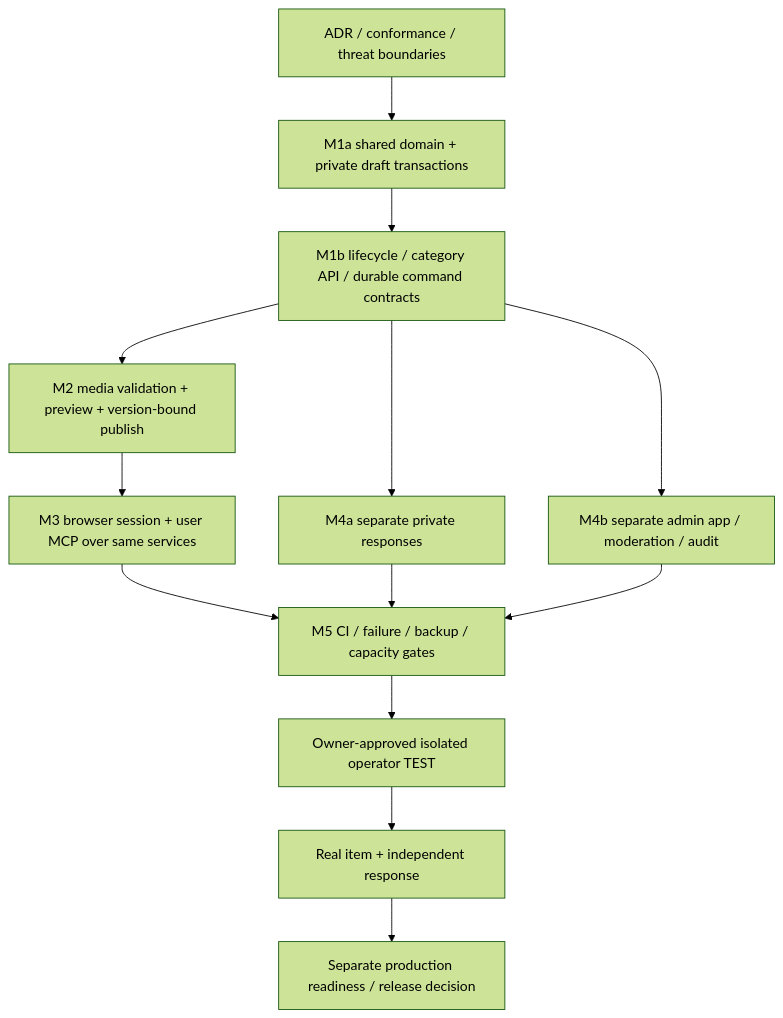
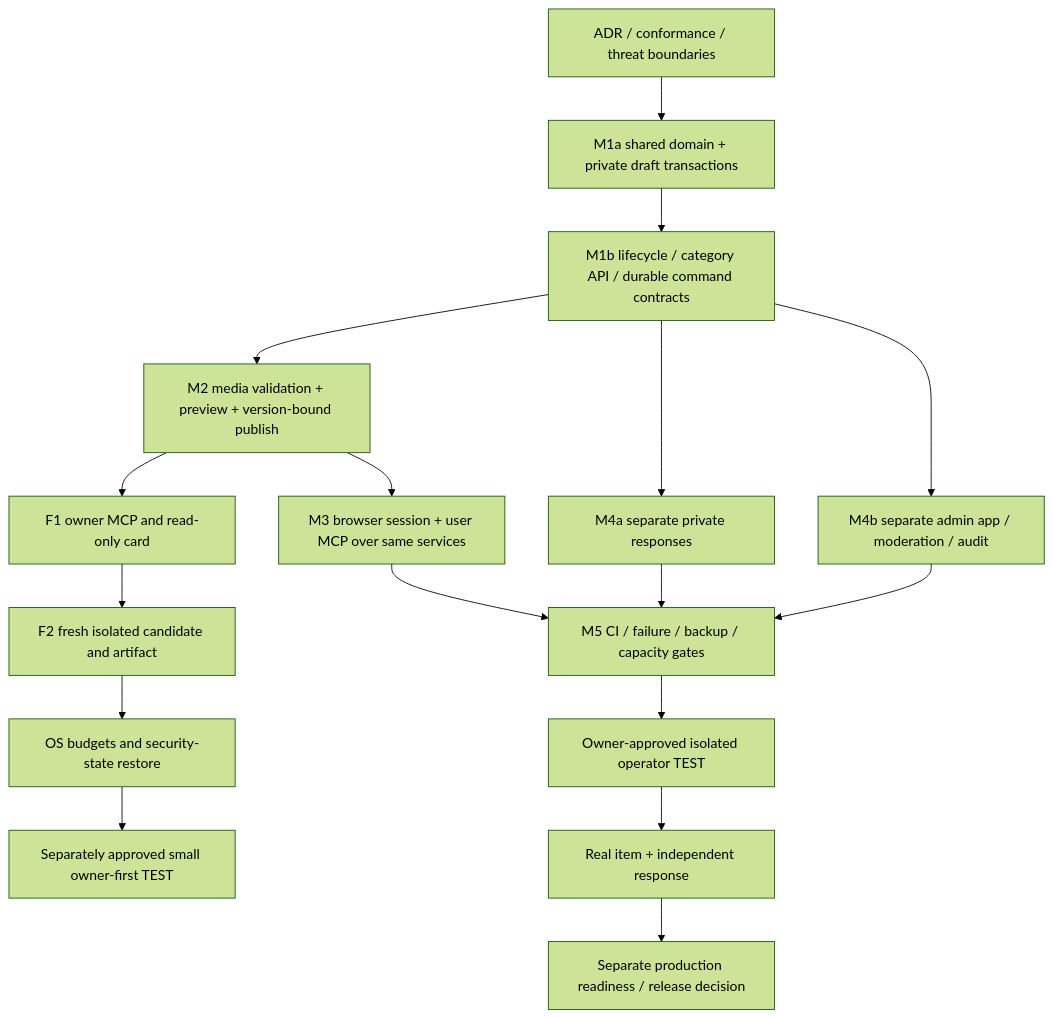
One commit to LeonidYasin/mcp-rooms changed the diagram in docs/delivery-plan.md. Above: the diagram before and after it, drawn with Mermaid (forest theme). The commit also changed other lines of this file and 7 other files, not shown here.

Commit message:
docs: accept F1 exact-source CI and hand off three-gate owner-first TEST

````diff
--- a/docs/delivery-plan.md
+++ b/docs/delivery-plan.md
@@ -29,15 +38,19 @@
 ```mermaid
 flowchart TD
   A[ADR / conformance / threat boundaries] --> B[M1a shared domain + private draft transactions]
   B --> C[M1b lifecycle / category API / durable command contracts]
   C --> D[M2 media validation + preview + version-bound publish]
   D --> E[M3 browser session + user MCP over same services]
+  D --> L[F1 owner MCP and read-only card]
+  L --> M[F2 fresh isolated candidate and artifact]
+  M --> N[OS budgets and security-state restore]
+  N --> O[Separately approved small owner-first TEST]
   C --> F[M4a separate private responses]
   C --> G[M4b separate admin app / moderation / audit]
   E --> H[M5 CI / failure / backup / capacity gates]
   F --> H
   G --> H
   H --> I[Owner-approved isolated operator TEST]
   I --> J[Real item + independent response]
   J --> K[Separate production readiness / release decision]
 ```
````
